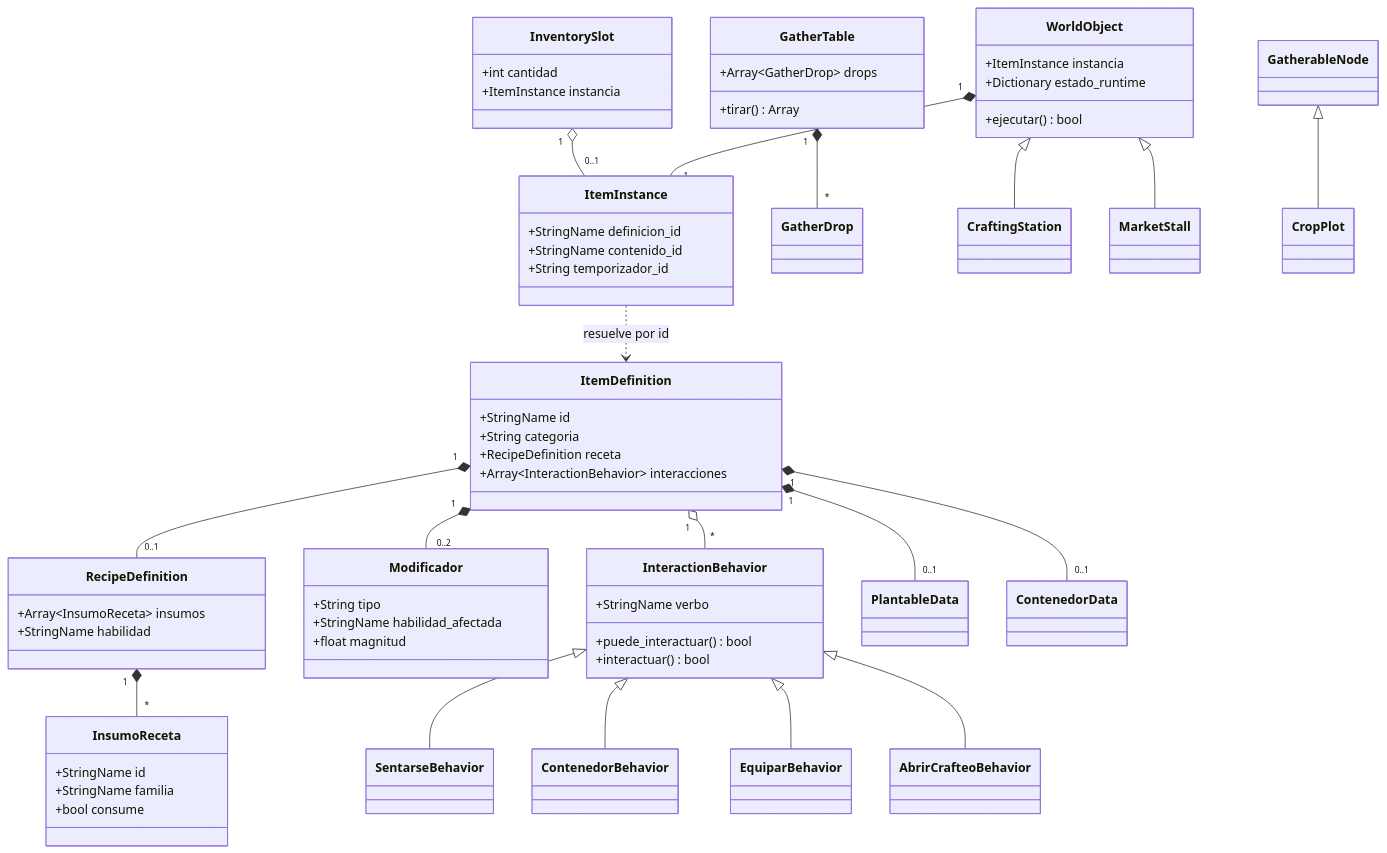
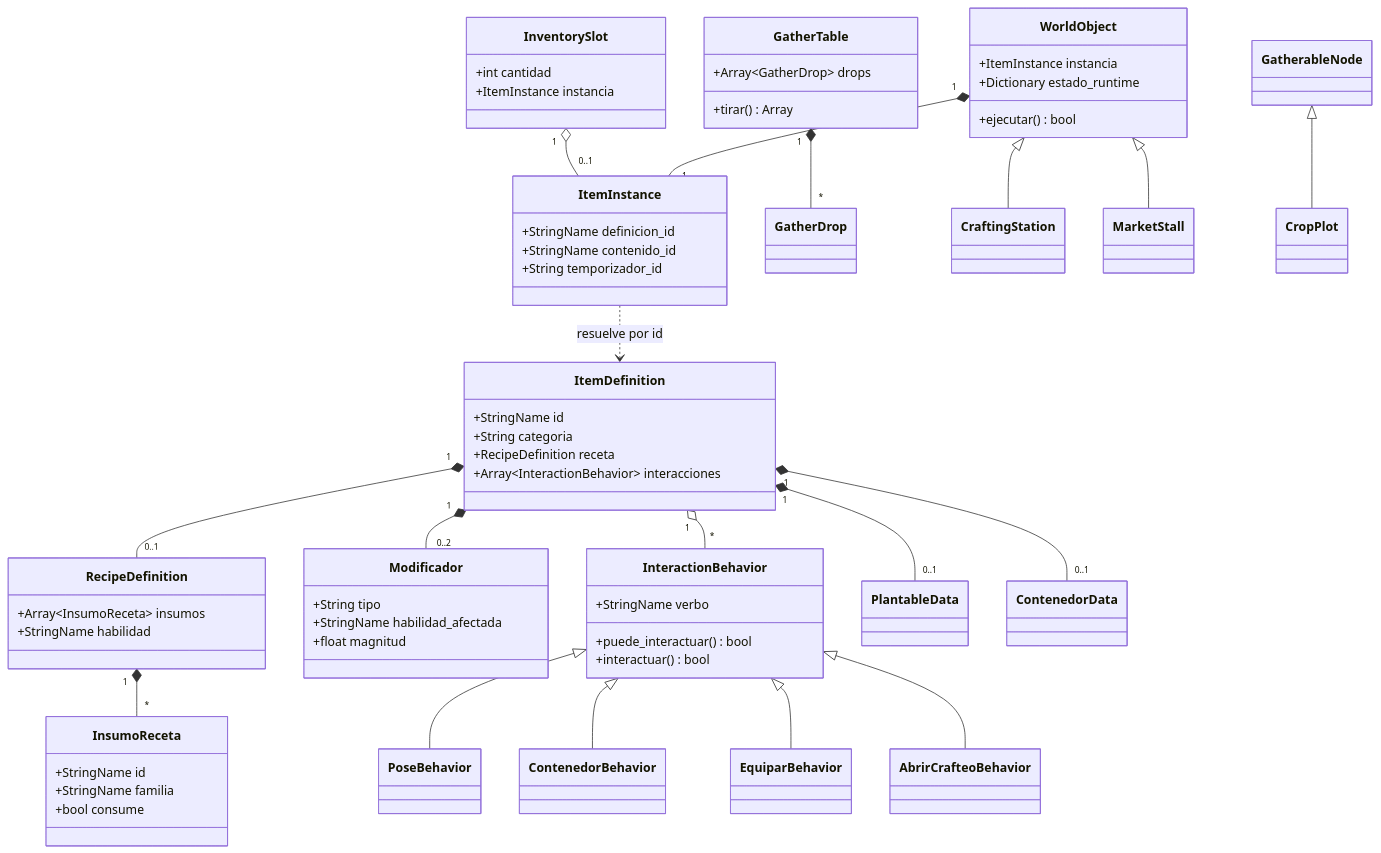
Before and after one commit to MumiolaDev/MumiolaCity: the first of 2 diagrams in docs/CLASES.md, drawn with Mermaid. The commit also changed other lines of this file and 18 other files, not shown here.

````diff
--- a/docs/CLASES.md
+++ b/docs/CLASES.md
@@ -1267,64 +1300,64 @@
 ```mermaid
 classDiagram
   class ItemDefinition {
     +StringName id
     +String categoria
     +RecipeDefinition receta
     +Array~InteractionBehavior~ interacciones
   }
   class RecipeDefinition {
     +Array~InsumoReceta~ insumos
     +StringName habilidad
   }
   class InsumoReceta {
     +StringName id
     +StringName familia
     +bool consume
   }
   class Modificador {
     +String tipo
     +StringName habilidad_afectada
     +float magnitud
   }
   class ItemInstance {
     +StringName definicion_id
     +StringName contenido_id
     +String temporizador_id
   }
   class InventorySlot {
     +int cantidad
     +ItemInstance instancia
   }
   class InteractionBehavior {
     +StringName verbo
     +puede_interactuar() bool
     +interactuar() bool
   }
   class GatherTable {
     +Array~GatherDrop~ drops
     +tirar() Array
   }
   class WorldObject {
     +ItemInstance instancia
     +Dictionary estado_runtime
     +ejecutar() bool
   }
 
   ItemDefinition "1" *-- "0..1" RecipeDefinition
   ItemDefinition "1" *-- "0..1" PlantableData
   ItemDefinition "1" *-- "0..1" ContenedorData
   ItemDefinition "1" *-- "0..2" Modificador
   ItemDefinition "1" o-- "*" InteractionBehavior
   RecipeDefinition "1" *-- "*" InsumoReceta
   GatherTable "1" *-- "*" GatherDrop
   ItemInstance ..> ItemDefinition : resuelve por id
   InventorySlot "1" o-- "0..1" ItemInstance
   WorldObject "1" *-- "1" ItemInstance
-  InteractionBehavior <|-- SentarseBehavior
+  InteractionBehavior <|-- PoseBehavior
   InteractionBehavior <|-- ContenedorBehavior
   InteractionBehavior <|-- EquiparBehavior
   InteractionBehavior <|-- AbrirCrafteoBehavior
   WorldObject <|-- CraftingStation
   WorldObject <|-- MarketStall
   GatherableNode <|-- CropPlot
 ```
````
